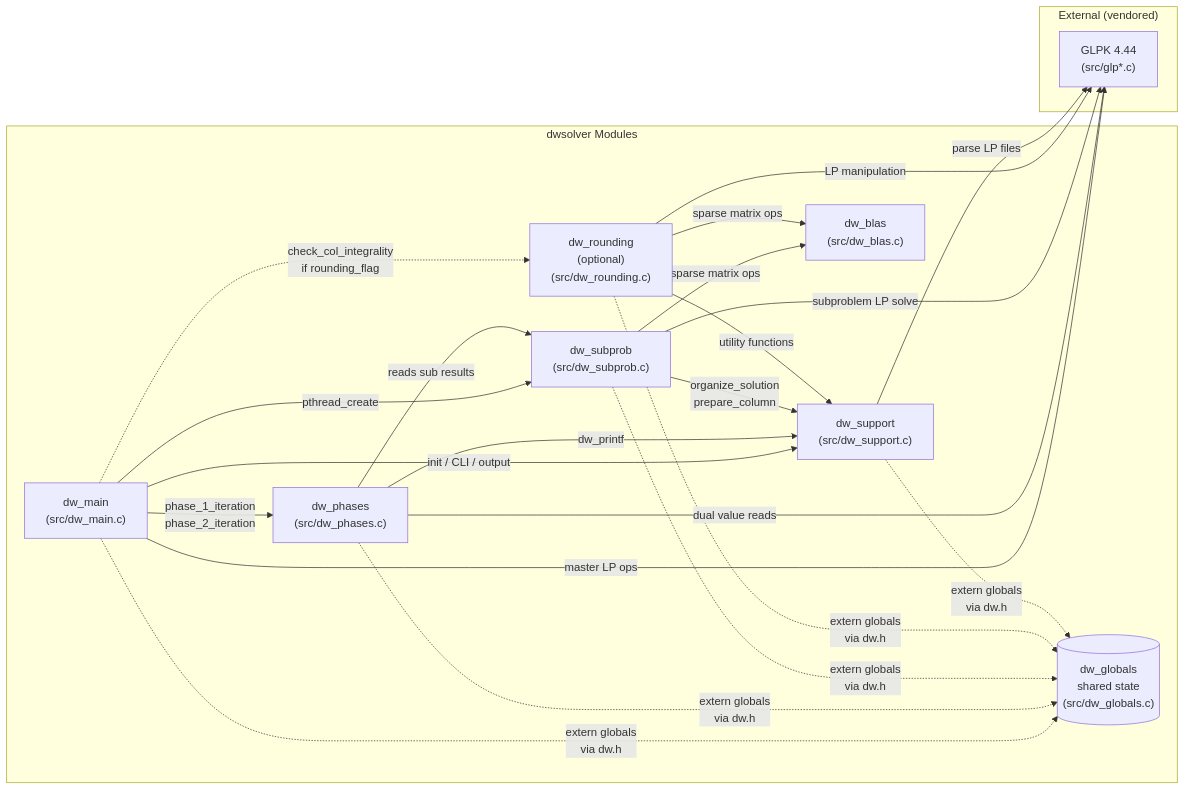
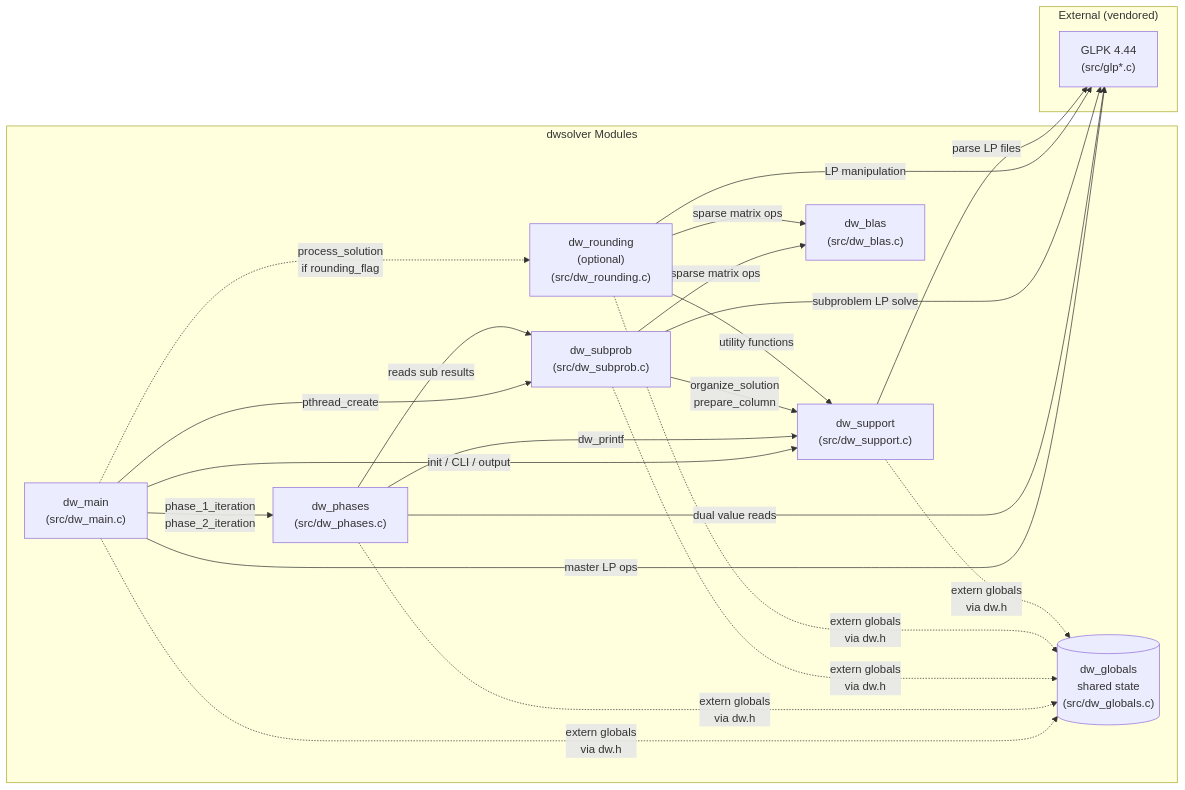
The diagram in architecture/component-map.md (alotau/dwsolver), drawn with Mermaid before and after one commit.

````diff
--- a/architecture/component-map.md
+++ b/architecture/component-map.md
@@ -8,38 +8,38 @@
 ```mermaid
 graph LR
     subgraph Modules["dwsolver Modules"]
         dw_main["dw_main\n(src/dw_main.c)"]
         dw_phases["dw_phases\n(src/dw_phases.c)"]
         dw_subprob["dw_subprob\n(src/dw_subprob.c)"]
         dw_support["dw_support\n(src/dw_support.c)"]
         dw_globals[("dw_globals\nshared state\n(src/dw_globals.c)")]
         dw_blas["dw_blas\n(src/dw_blas.c)"]
         dw_rounding["dw_rounding\n(optional)\n(src/dw_rounding.c)"]
     end
 
     subgraph External["External (vendored)"]
         GLPK["GLPK 4.44\n(src/glp*.c)"]
     end
 
     dw_main -->|"init / CLI / output"| dw_support
     dw_main -->|"pthread_create"| dw_subprob
     dw_main -->|"phase_1_iteration\nphase_2_iteration"| dw_phases
-    dw_main -.->|"check_col_integrality\nif rounding_flag"| dw_rounding
+    dw_main -.->|"process_solution\nif rounding_flag"| dw_rounding
     dw_main -->|"master LP ops"| GLPK
 
     dw_phases -->|"reads sub results"| dw_subprob
     dw_phases -->|"dw_printf"| dw_support
     dw_phases -->|"dual value reads"| GLPK
 
     dw_subprob -->|"sparse matrix ops"| dw_blas
     dw_subprob -->|"organize_solution\nprepare_column"| dw_support
     dw_subprob -->|"subproblem LP solve"| GLPK
 
     dw_rounding -->|"sparse matrix ops"| dw_blas
     dw_rounding -->|"utility functions"| dw_support
     dw_rounding -->|"LP manipulation"| GLPK
 
     dw_support -->|"parse LP files"| GLPK
 
     dw_main & dw_phases & dw_subprob & dw_rounding & dw_support -.->|"extern globals\nvia dw.h"| dw_globals
 ```
````
